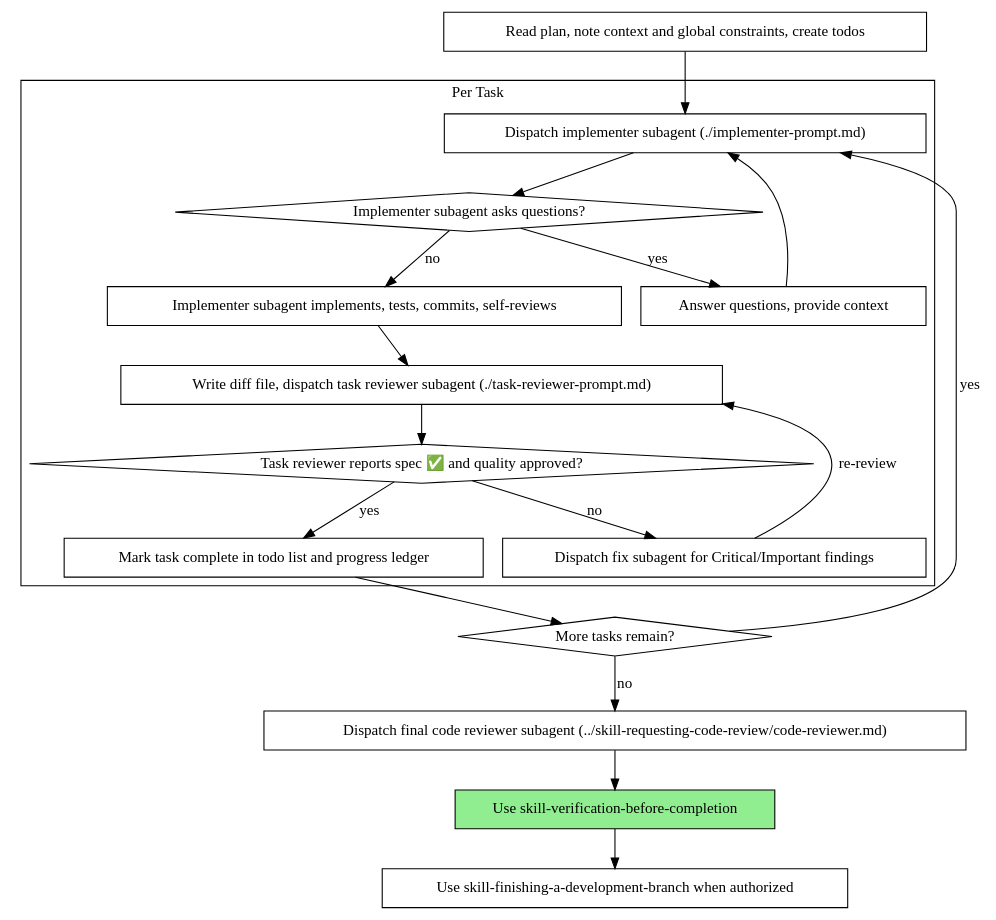
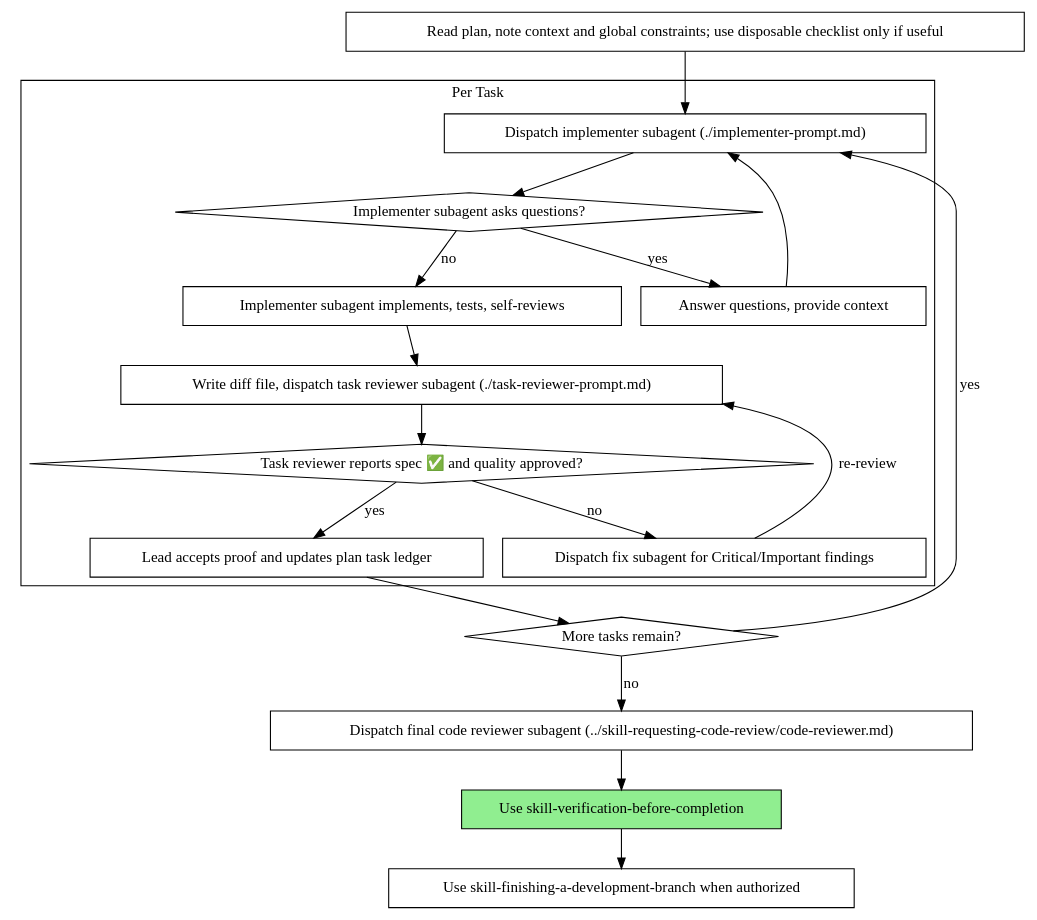
One commit to longdang193/fitcv changed the second of 2 diagrams in .agents/skills/skill-subagent-driven-development/SKILL.md. Above: the diagram before and after it, drawn with Graphviz. The commit also changed other lines of this file and 24 other files, not shown here.

````diff
--- a/.agents/skills/skill-subagent-driven-development/SKILL.md
+++ b/.agents/skills/skill-subagent-driven-development/SKILL.md
@@ -78,39 +79,39 @@
 ```dot
 digraph process {
     rankdir=TB;
 
     subgraph cluster_per_task {
         label="Per Task";
         "Dispatch implementer subagent (./implementer-prompt.md)" [shape=box];
         "Implementer subagent asks questions?" [shape=diamond];
         "Answer questions, provide context" [shape=box];
-        "Implementer subagent implements, tests, commits, self-reviews" [shape=box];
+        "Implementer subagent implements, tests, self-reviews" [shape=box];
         "Write diff file, dispatch task reviewer subagent (./task-reviewer-prompt.md)" [shape=box];
         "Task reviewer reports spec ✅ and quality approved?" [shape=diamond];
         "Dispatch fix subagent for Critical/Important findings" [shape=box];
-        "Mark task complete in todo list and progress ledger" [shape=box];
+        "Lead accepts proof and updates plan task ledger" [shape=box];
     }
 
-    "Read plan, note context and global constraints, create todos" [shape=box];
+    "Read plan, note context and global constraints; use disposable checklist only if useful" [shape=box];
     "More tasks remain?" [shape=diamond];
     "Dispatch final code reviewer subagent (../skill-requesting-code-review/code-reviewer.md)" [shape=box];
     "Use skill-verification-before-completion" [shape=box style=filled fillcolor=lightgreen];
     "Use skill-finishing-a-development-branch when authorized" [shape=box];
 
-    "Read plan, note context and global constraints, create todos" -> "Dispatch implementer subagent (./implementer-prompt.md)";
+    "Read plan, note context and global constraints; use disposable checklist only if useful" -> "Dispatch implementer subagent (./implementer-prompt.md)";
     "Dispatch implementer subagent (./implementer-prompt.md)" -> "Implementer subagent asks questions?";
     "Implementer subagent asks questions?" -> "Answer questions, provide context" [label="yes"];
     "Answer questions, provide context" -> "Dispatch implementer subagent (./implementer-prompt.md)";
-    "Implementer subagent asks questions?" -> "Implementer subagent implements, tests, commits, self-reviews" [label="no"];
-    "Implementer subagent implements, tests, commits, self-reviews" -> "Write diff file, dispatch task reviewer subagent (./task-reviewer-prompt.md)";
+    "Implementer subagent asks questions?" -> "Implementer subagent implements, tests, self-reviews" [label="no"];
+    "Implementer subagent implements, tests, self-reviews" -> "Write diff file, dispatch task reviewer subagent (./task-reviewer-prompt.md)";
     "Write diff file, dispatch task reviewer subagent (./task-reviewer-prompt.md)" -> "Task reviewer reports spec ✅ and quality approved?";
     "Task reviewer reports spec ✅ and quality approved?" -> "Dispatch fix subagent for Critical/Important findings" [label="no"];
     "Dispatch fix subagent for Critical/Important findings" -> "Write diff file, dispatch task reviewer subagent (./task-reviewer-prompt.md)" [label="re-review"];
-    "Task reviewer reports spec ✅ and quality approved?" -> "Mark task complete in todo list and progress ledger" [label="yes"];
-    "Mark task complete in todo list and progress ledger" -> "More tasks remain?";
+    "Task reviewer reports spec ✅ and quality approved?" -> "Lead accepts proof and updates plan task ledger" [label="yes"];
+    "Lead accepts proof and updates plan task ledger" -> "More tasks remain?";
     "More tasks remain?" -> "Dispatch implementer subagent (./implementer-prompt.md)" [label="yes"];
     "More tasks remain?" -> "Dispatch final code reviewer subagent (../skill-requesting-code-review/code-reviewer.md)" [label="no"];
     "Dispatch final code reviewer subagent (../skill-requesting-code-review/code-reviewer.md)" -> "Use skill-verification-before-completion";
     "Use skill-verification-before-completion" -> "Use skill-finishing-a-development-branch when authorized";
 }
 ```
````
